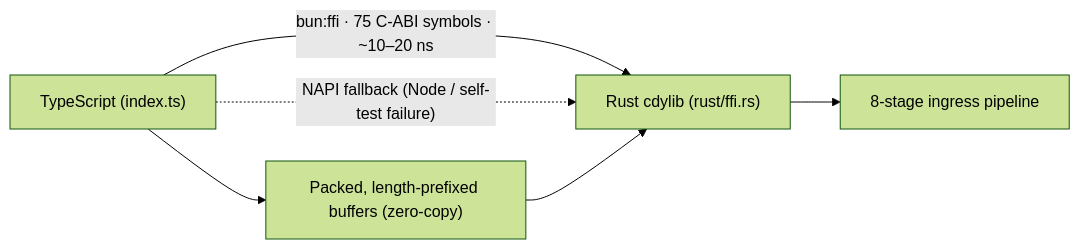
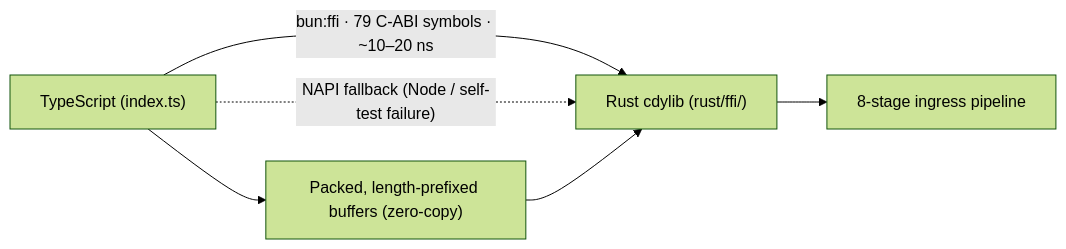
Before and after one commit to Axylabs/castrum: the diagram in docs/CASE_STUDY.md, drawn with Mermaid (forest theme). The commit also changed other lines of this file and 8 other files, not shown here.

````diff
--- a/docs/CASE_STUDY.md
+++ b/docs/CASE_STUDY.md
@@ -57,8 +57,8 @@
 ```mermaid
 flowchart LR
-    TS["TypeScript (index.ts)"] -->|"bun:ffi · 75 C-ABI symbols · ~10–20 ns"| RUST["Rust cdylib (rust/ffi.rs)"]
+    TS["TypeScript (index.ts)"] -->|"bun:ffi · 79 C-ABI symbols · ~10–20 ns"| RUST["Rust cdylib (rust/ffi/)"]
     TS -.->|"NAPI fallback (Node / self-test failure)"| RUST
     RUST --> PIPELINE["8-stage ingress pipeline"]
     TS --> PACKED["Packed, length-prefixed buffers (zero-copy)"]
     PACKED --> RUST
 ```
````
